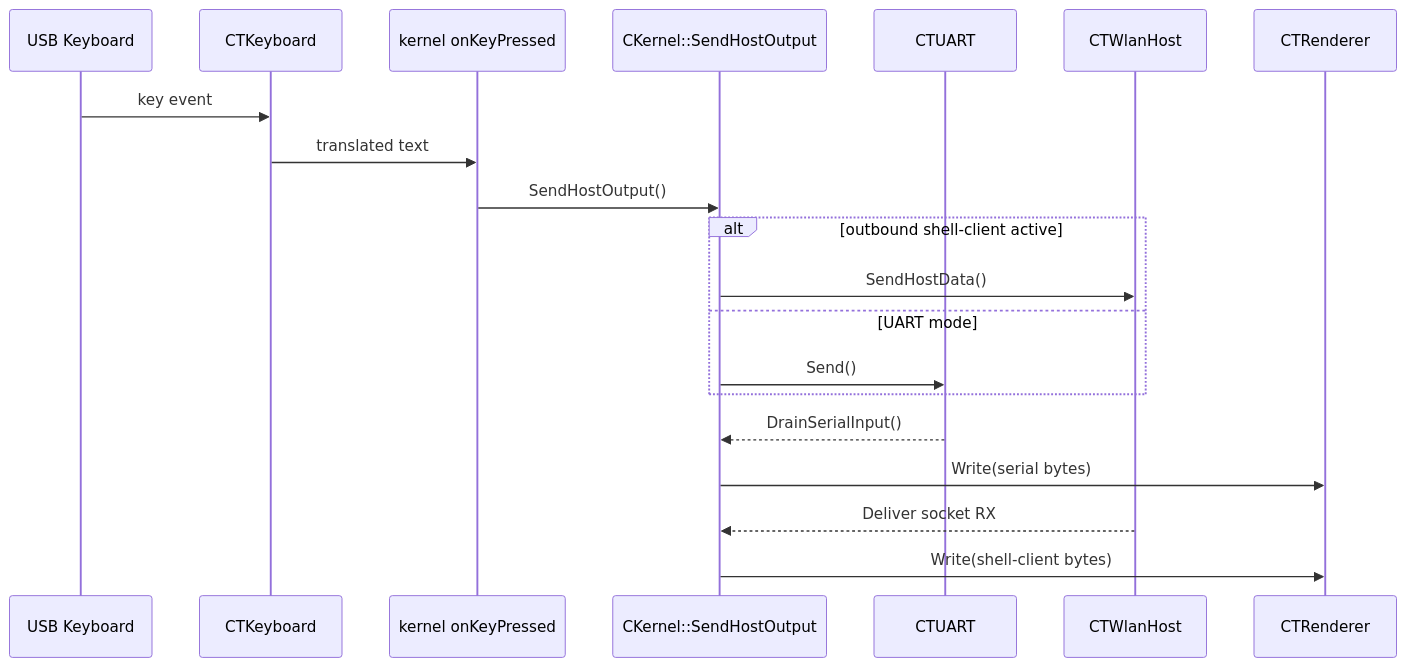
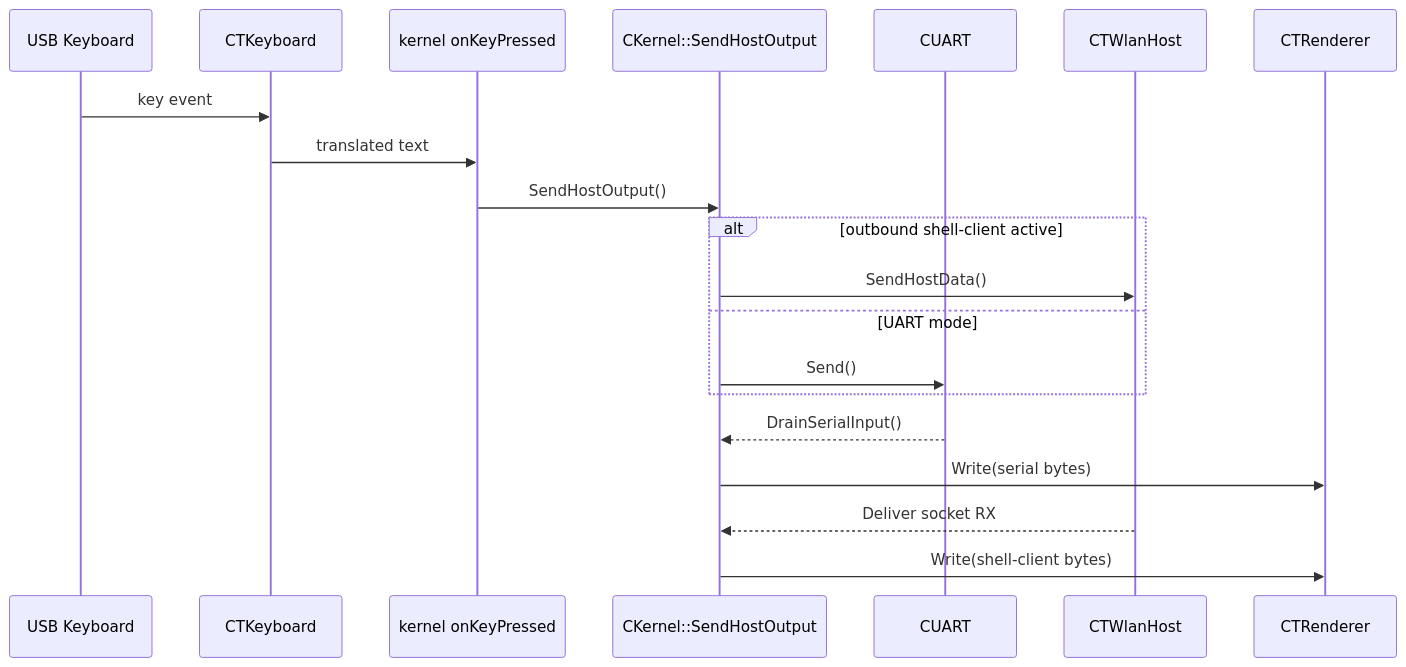
One commit to rzuehlsd/PiZero_VT100 changed the third of 4 diagrams in VT100/docs/VT100_Architecture.md. Above: the diagram before and after it, drawn with Mermaid. The commit also changed other lines of this file and 6 other files, not shown here.

````diff
--- a/VT100/docs/VT100_Architecture.md
+++ b/VT100/docs/VT100_Architecture.md
@@ -206,25 +206,25 @@
 ```mermaid
 sequenceDiagram
   participant HID as USB Keyboard
   participant Kbd as CTKeyboard
   participant Kcb as kernel onKeyPressed
   participant Router as CKernel::SendHostOutput
-  participant Uart as CTUART
+  participant Uart as CUART
   participant Wlan as CTWlanHost
   participant Rndr as CTRenderer
 
   HID->>Kbd: key event
   Kbd->>Kcb: translated text
   Kcb->>Router: SendHostOutput()
   alt outbound shell-client active
     Router->>Wlan: SendHostData()
   else UART mode
     Router->>Uart: Send()
   end
 
   Uart-->>Router: DrainSerialInput()
   Router->>Rndr: Write(serial bytes)
 
   Wlan-->>Router: Deliver socket RX
   Router->>Rndr: Write(shell-client bytes)
 ```
````
